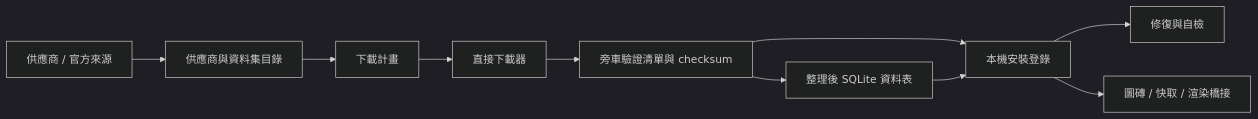
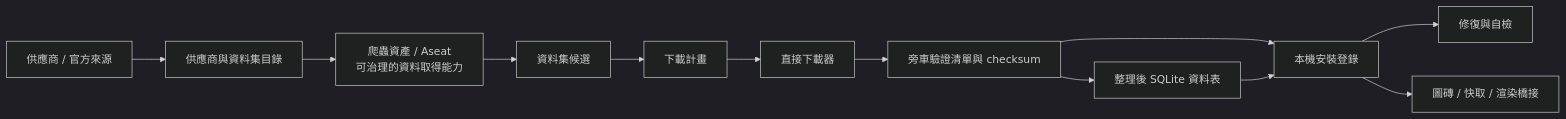
Before and after one commit to YanAnnLu/APIkeys_collection: the first of 3 diagrams in docs/ARCHITECTURE.zh-TW.md, drawn with Mermaid (dark theme). The commit also changed other lines of this file and 7 other files, not shown here.

Commit message:
Document crawler asset concept

````diff
--- a/docs/ARCHITECTURE.zh-TW.md
+++ b/docs/ARCHITECTURE.zh-TW.md
@@ -20,22 +20,26 @@
 ```mermaid
 flowchart LR
     Provider["供應商 / 官方來源"]
     Catalog["供應商與資料集目錄"]
+    CrawlerAsset["爬蟲資產 / Aseat<br/>可治理的資料取得能力"]
+    Candidate["資料集候選"]
     Plan["下載計畫"]
     Download["直接下載器"]
     Manifest["旁車驗證清單與 checksum"]
     Registry["本機安裝登錄"]
     Curated["整理後 SQLite 資料表"]
     Repair["修復與自檢"]
     Renderer["圖磚 / 快取 / 渲染橋接"]
 
     Provider --> Catalog
-    Catalog --> Plan
+    Catalog --> CrawlerAsset
+    CrawlerAsset --> Candidate
+    Candidate --> Plan
     Plan --> Download
     Download --> Manifest
     Manifest --> Registry
     Manifest --> Curated
     Curated --> Registry
     Registry --> Repair
     Registry --> Renderer
 ```
````
